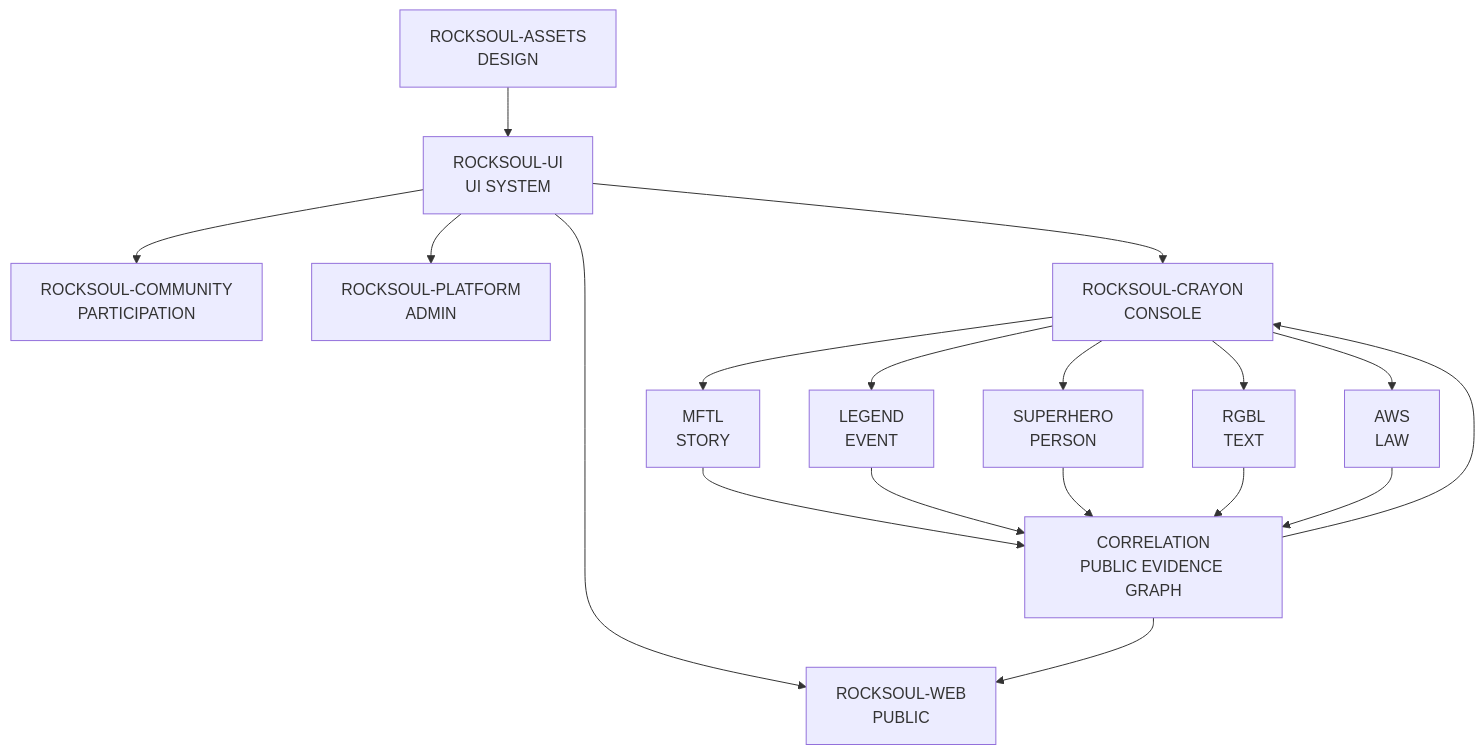
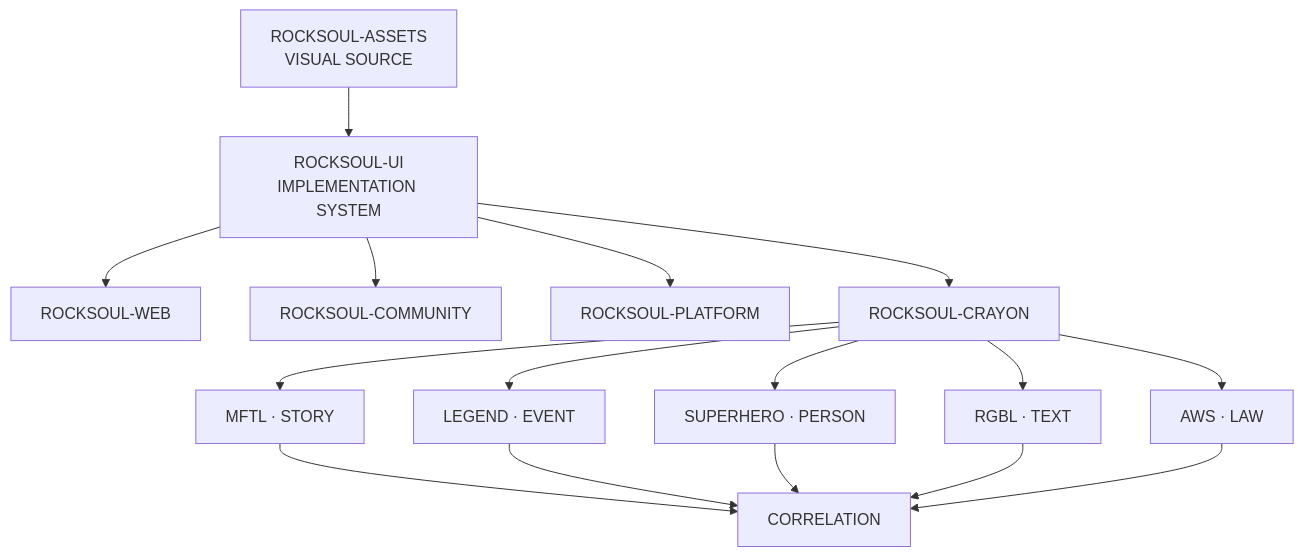
Before and after one commit to bjo163/rocksoul-assets: the second of 2 diagrams in README.md, drawn with Mermaid. The commit also changed other lines of this file and 33 other files, not shown here.

````diff
--- a/README.md
+++ b/README.md
@@ -31,20 +155,18 @@
 ```mermaid
 flowchart TD
-    A["ROCKSOUL-ASSETS\nDESIGN"] --> U["ROCKSOUL-UI\nUI SYSTEM"]
-    U --> W["ROCKSOUL-WEB\nPUBLIC"]
-    U --> C["ROCKSOUL-COMMUNITY\nPARTICIPATION"]
-    U --> P["ROCKSOUL-PLATFORM\nADMIN"]
-    U --> R["ROCKSOUL-CRAYON\nCONSOLE"]
-    R --> S["MFTL\nSTORY"]
-    R --> E["LEGEND\nEVENT"]
-    R --> H["SUPERHERO\nPERSON"]
-    R --> T["RGBL\nTEXT"]
-    R --> L["AWS\nLAW"]
-    S --> Q["CORRELATION\nPUBLIC EVIDENCE GRAPH"]
+    A["ROCKSOUL-ASSETS<br/>VISUAL SOURCE"] --> U["ROCKSOUL-UI<br/>IMPLEMENTATION SYSTEM"]
+    U --> W["ROCKSOUL-WEB"]
+    U --> C["ROCKSOUL-COMMUNITY"]
+    U --> P["ROCKSOUL-PLATFORM"]
+    U --> R["ROCKSOUL-CRAYON"]
+    R --> S["MFTL · STORY"]
+    R --> E["LEGEND · EVENT"]
+    R --> H["SUPERHERO · PERSON"]
+    R --> T["RGBL · TEXT"]
+    R --> L["AWS · LAW"]
+    S --> Q["CORRELATION"]
     E --> Q
     H --> Q
     T --> Q
     L --> Q
-    Q --> W
-    Q --> R
 ```
````
